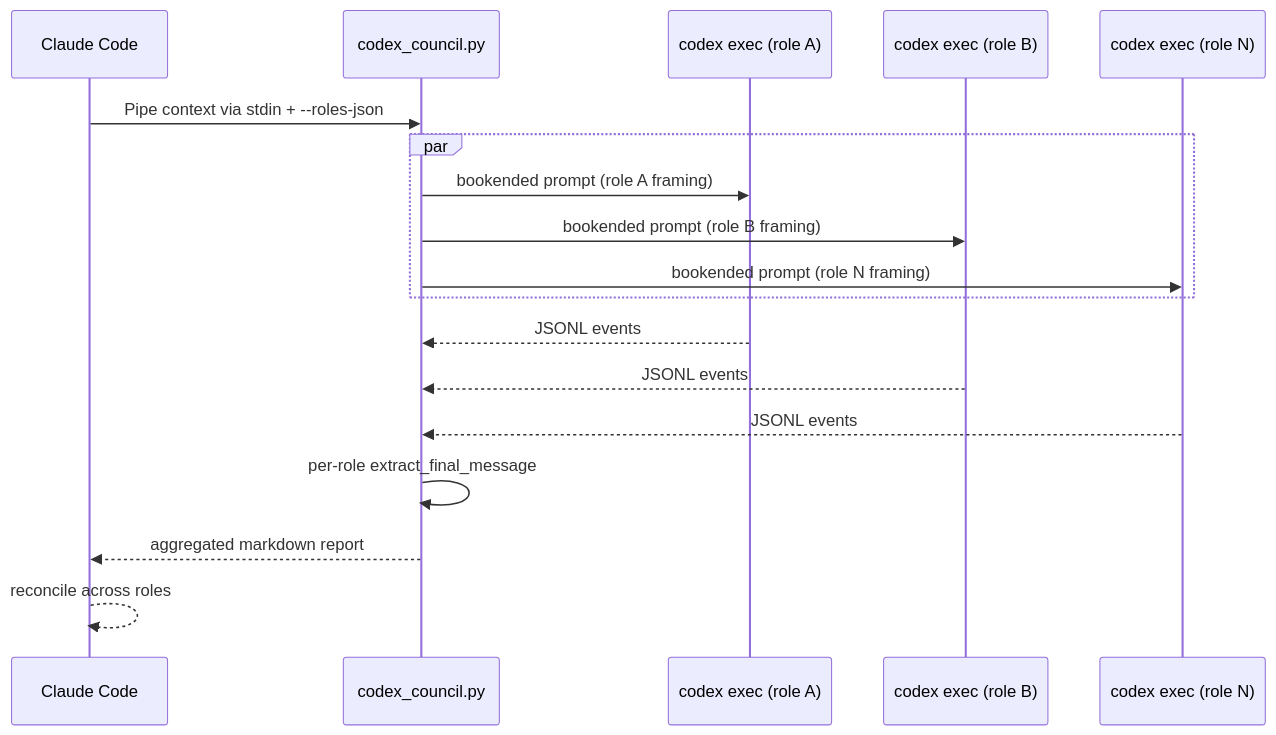
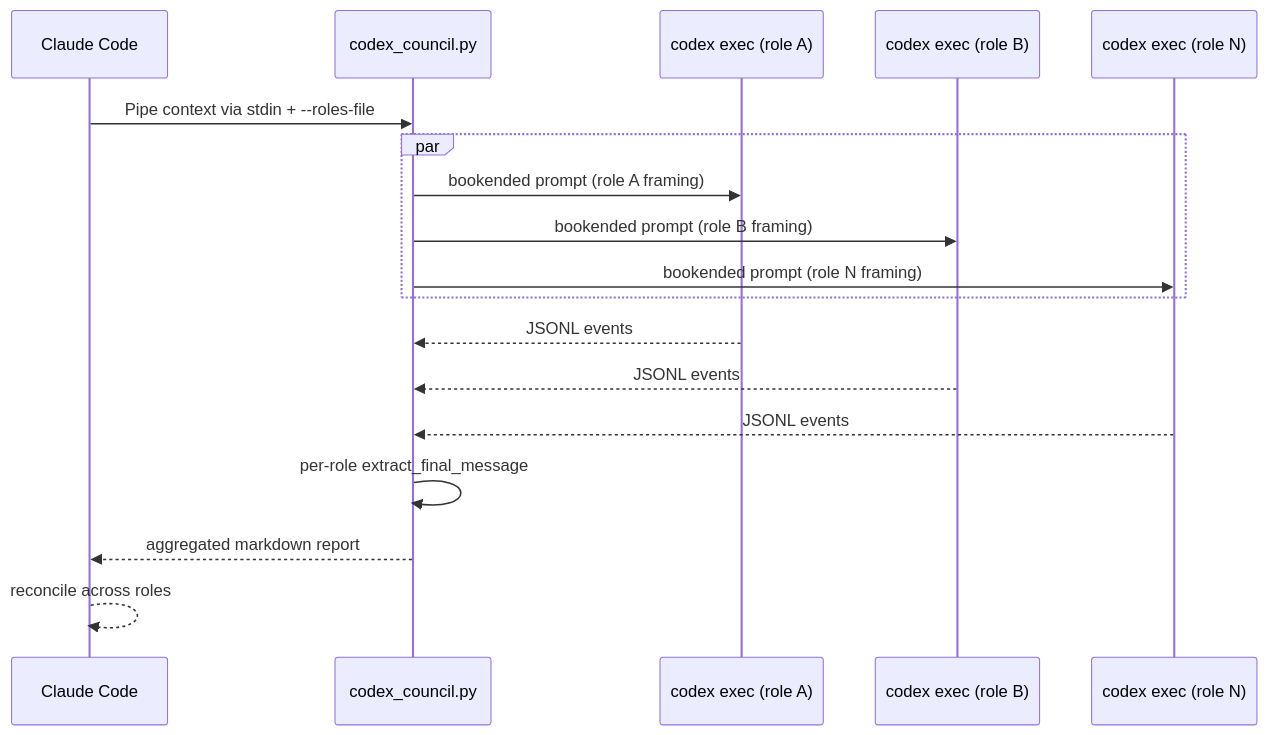
The diagram in DESIGN.md (ehzawad/codex-council), drawn with Mermaid before and after one commit. The commit also changed other lines of this file and 5 other files, not shown here.

````diff
--- a/DESIGN.md
+++ b/DESIGN.md
@@ -39,21 +41,21 @@
 ```mermaid
 sequenceDiagram
     participant C as Claude Code
     participant T as codex_council.py
     participant A as codex exec (role A)
     participant B as codex exec (role B)
     participant N as codex exec (role N)
 
-    C->>T: Pipe context via stdin + --roles-json
+    C->>T: Pipe context via stdin + --roles-file
     par
         T->>A: bookended prompt (role A framing)
         T->>B: bookended prompt (role B framing)
         T->>N: bookended prompt (role N framing)
     end
     A-->>T: JSONL events
     B-->>T: JSONL events
     N-->>T: JSONL events
     T->>T: per-role extract_final_message
     T-->>C: aggregated markdown report
     C-->>C: reconcile across roles
 ```
````
